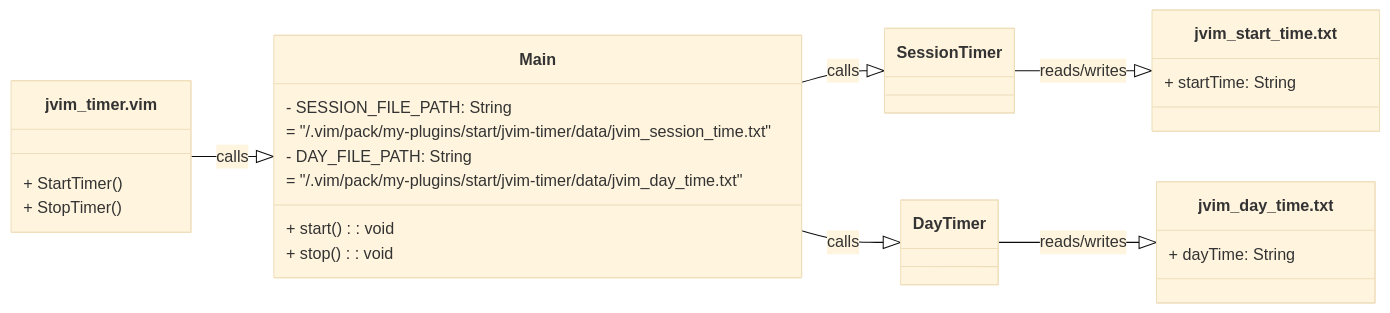
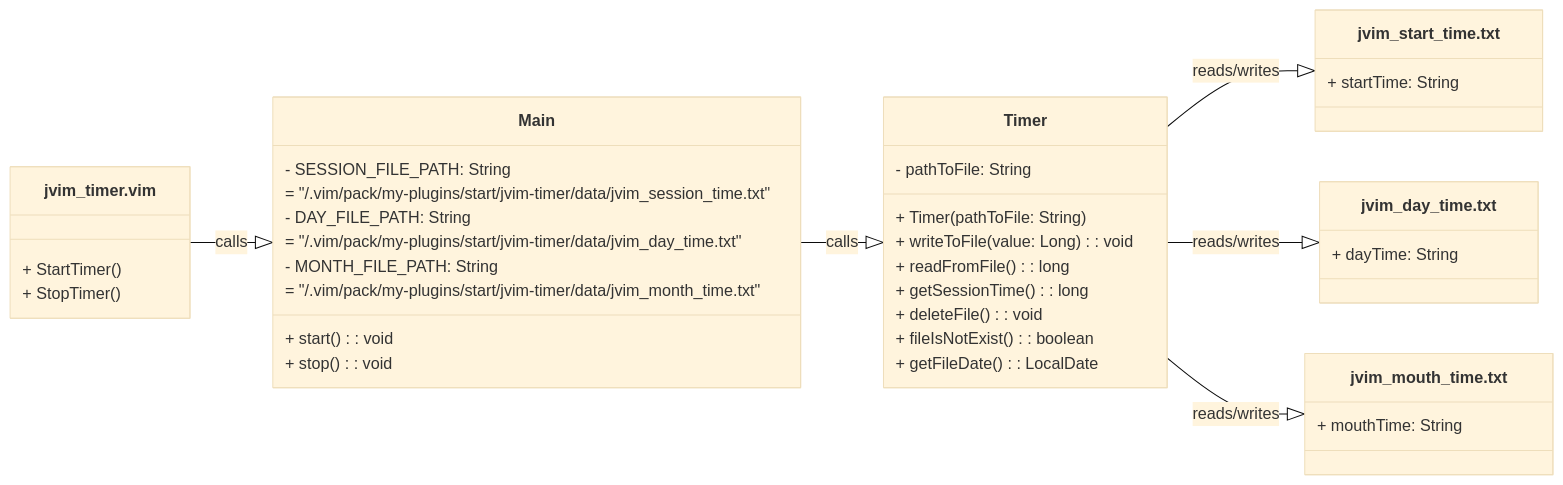
One commit to AlexandrAnatoliev/jvim-plugins changed the first of 2 diagrams in jvim-timer/README.md. Above: the diagram before and after it, drawn with Mermaid (base theme). The commit also changed other lines of this file and 1 other file, not shown here.

````diff
--- a/jvim-timer/README.md
+++ b/jvim-timer/README.md
@@ -163,38 +132,49 @@
 ```mermaid
 classDiagram
   direction LR
   
   class jvim_timer.vim {
     + StartTimer()
     + StopTimer()
   }
 
   class Main {
     - SESSION_FILE_PATH: String 
       = "/.vim/pack/my-plugins/start/jvim-timer/data/jvim_session_time.txt"
     - DAY_FILE_PATH: String 
       = "/.vim/pack/my-plugins/start/jvim-timer/data/jvim_day_time.txt"
+    - MONTH_FILE_PATH: String  
+      = "/.vim/pack/my-plugins/start/jvim-timer/data/jvim_month_time.txt"
     + start(): void
     + stop(): void
   }
 
-  class SessionTimer {
-  }
-
-  class DayTimer {
+  class Timer {
+    - pathToFile: String
+    + Timer(pathToFile: String)
+    + writeToFile(value: Long): void
+    + readFromFile(): long
+    + getSessionTime(): long
+    + deleteFile(): void
+    + fileIsNotExist(): boolean
+    + getFileDate(): LocalDate
   }
 
   class jvim_start_time.txt {
     + startTime: String 
   }
 
   class jvim_day_time.txt {
     + dayTime: String
   }
 
+  class jvim_mouth_time.txt {
+    + mouthTime: String
+  }
+
   jvim_timer.vim --|> Main : calls
-  Main --|> SessionTimer : calls
-  Main --|> DayTimer : calls
-  SessionTimer --|> jvim_start_time.txt : reads/writes
-  DayTimer --|> jvim_day_time.txt : reads/writes
+  Main --|> Timer : calls
+  Timer --|> jvim_start_time.txt : reads/writes
+  Timer --|> jvim_day_time.txt : reads/writes
+  Timer --|> jvim_mouth_time.txt : reads/writes
 ```
````
